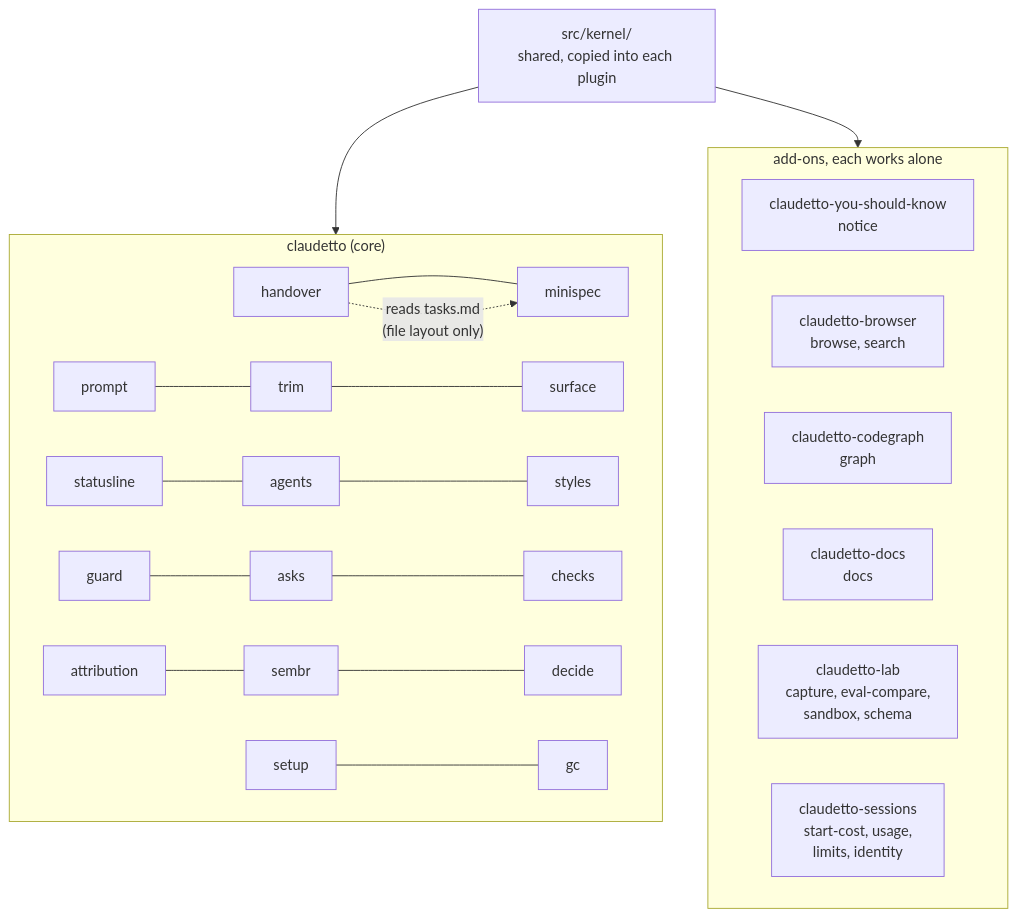
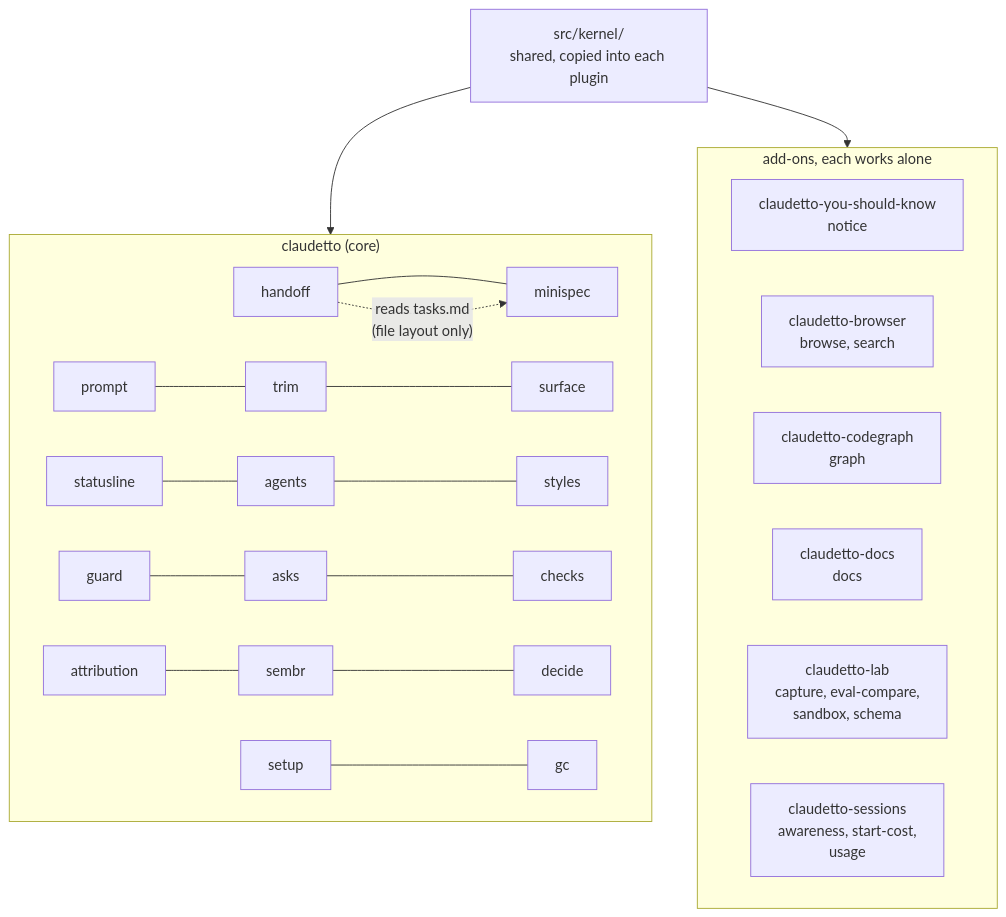
The first of 4 diagrams in openspec/changes/claudetto-0-1-0/architecture.md (xsyetopz/claudetto), drawn with Mermaid before and after one commit. The commit also changed other lines of this file and 34 other files, not shown here.

````diff
--- a/openspec/changes/claudetto-0-1-0/architecture.md
+++ b/openspec/changes/claudetto-0-1-0/architecture.md
@@ -32,25 +32,25 @@
 ```mermaid
 flowchart TB
   K["src/kernel/<br/>shared, copied into each plugin"]
   subgraph core["claudetto (core)"]
     direction LR
-    HO[handover] --- MS[minispec]
+    HO[handoff] --- MS[minispec]
     PR[prompt] --- TR[trim] --- SU[surface]
     SL[statusline] --- AG[agents] --- ST[styles]
     GU[guard] --- AS[asks] --- CH[checks]
     AT[attribution] --- SB[sembr] --- DE[decide]
     SE[setup] --- GC[gc]
   end
   subgraph addons["add-ons, each works alone"]
     direction LR
     Y["claudetto-you-should-know<br/>notice"]
     B["claudetto-browser<br/>browse, search"]
     C["claudetto-codegraph<br/>graph"]
     D["claudetto-docs<br/>docs"]
     L["claudetto-lab<br/>capture, eval-compare,<br/>sandbox, schema"]
-    S["claudetto-sessions<br/>start-cost, usage,<br/>limits, identity"]
+    S["claudetto-sessions<br/>awareness, start-cost,<br/>usage"]
   end
   K --> core
   K --> addons
   HO -. "reads tasks.md<br/>(file layout only)" .-> MS
 ```
````
